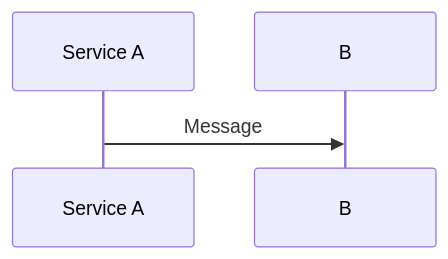
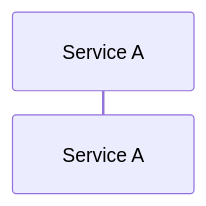
One commit to el-feo/ai-context changed the tenth of 10 diagrams in plugins/general/skills/mermaid-diagrams/references/sequence-diagrams.md. Above: the diagram before and after it, drawn with Mermaid. The commit also changed other lines of this file and 8 other files, not shown here.

First line of the commit message:
refactor(general): reduce mermaid-diagrams SKILL.md and trim oversized references (#207)

````diff
--- a/plugins/general/skills/mermaid-diagrams/references/sequence-diagrams.md
+++ b/plugins/general/skills/mermaid-diagrams/references/sequence-diagrams.md
@@ -210,8 +111,5 @@
 ```mermaid
 sequenceDiagram
     participant A as Service A
     link A: Dashboard @ https://dashboard.example.com
-    link A: API Docs @ https://docs.example.com
-    
-    A->>B: Message
 ```
````
